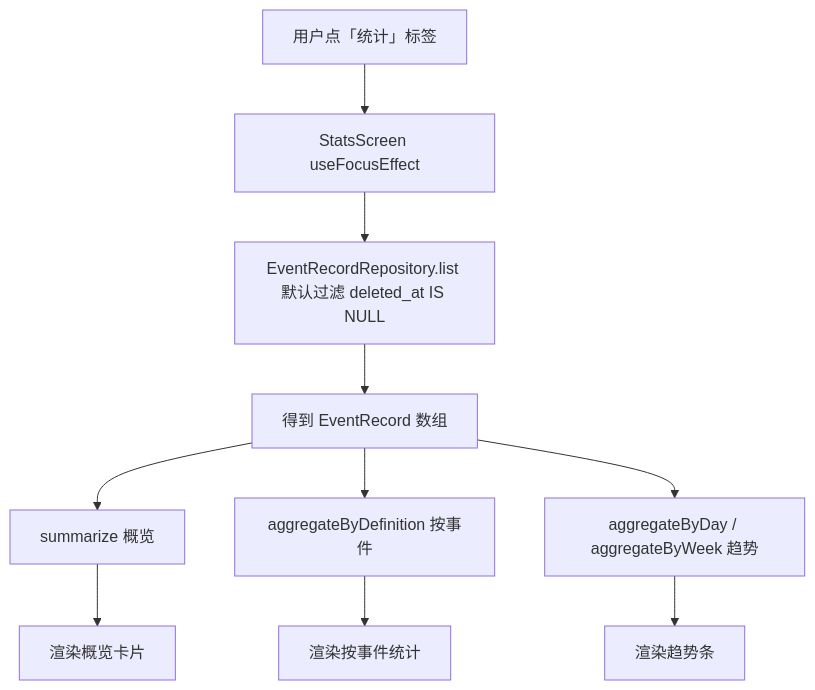
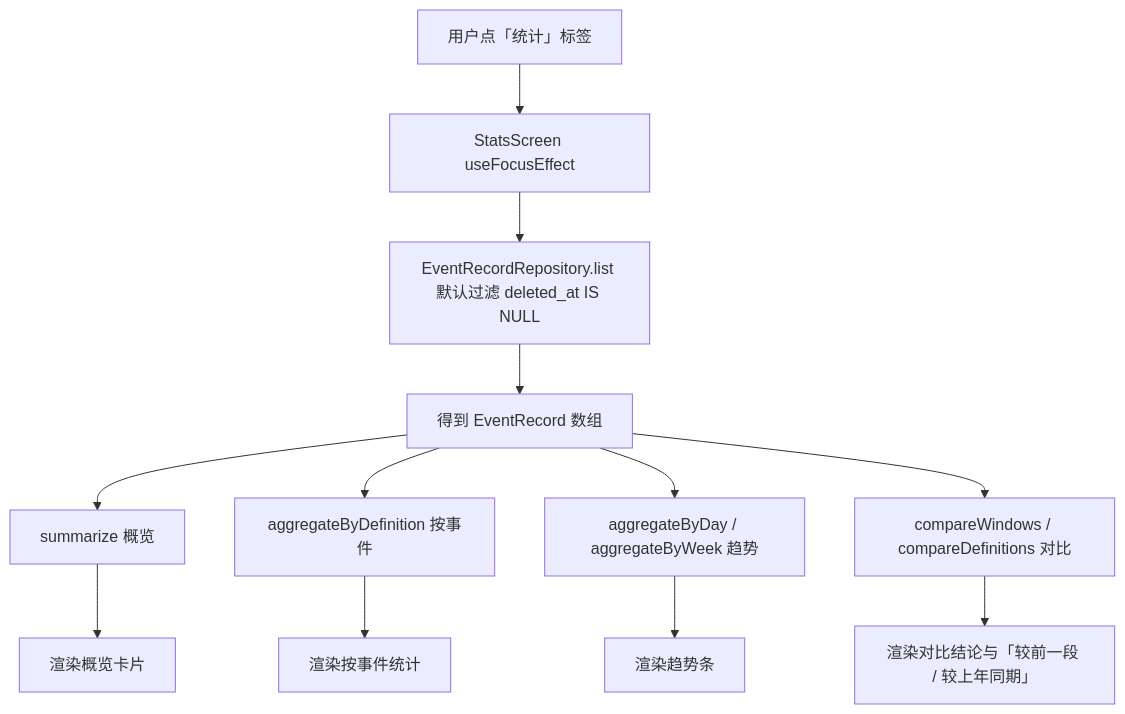
One commit to QinSa-Dev/LifeTrack changed the diagram in docs/learning/12-statistics.md. Above: the diagram before and after it, drawn with Mermaid. The commit also changed other lines of this file and 3 other files, not shown here.

````diff
--- a/docs/learning/12-statistics.md
+++ b/docs/learning/12-statistics.md
@@ -273,12 +413,14 @@
 ```mermaid
 flowchart TD
   A[用户点「统计」标签] --> B[StatsScreen useFocusEffect]
   B --> C[EventRecordRepository.list 默认过滤 deleted_at IS NULL]
   C --> D[得到 EventRecord 数组]
   D --> E[summarize 概览]
   D --> F[aggregateByDefinition 按事件]
   D --> G[aggregateByDay / aggregateByWeek 趋势]
+  D --> K[compareWindows / compareDefinitions 对比]
   E --> H[渲染概览卡片]
   F --> I[渲染按事件统计]
   G --> J[渲染趋势条]
+  K --> L[渲染对比结论与「较前一段 / 较上年同期」]
 ```
````
